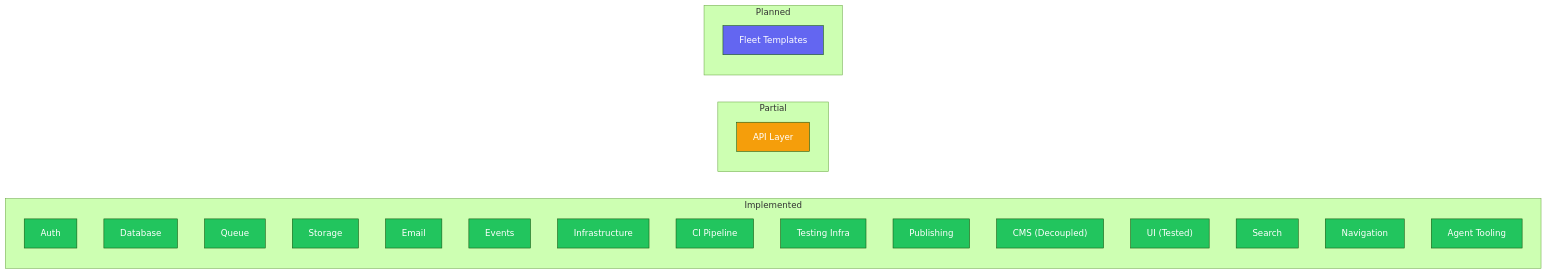
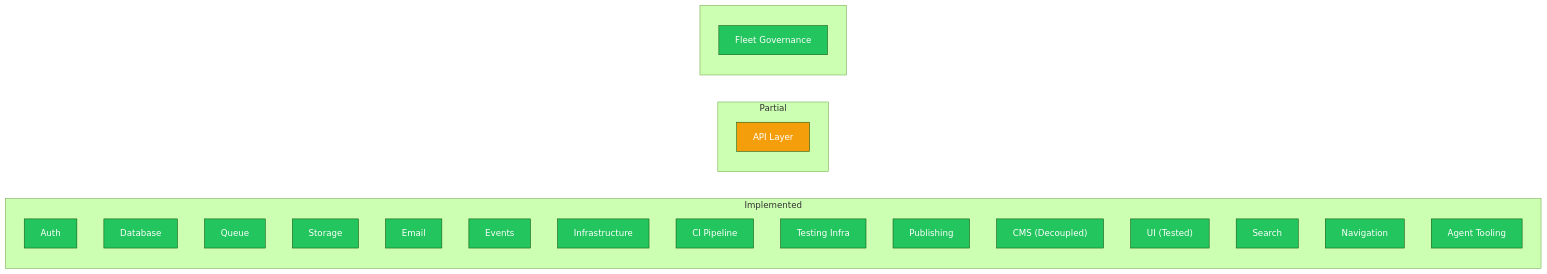
Before and after one commit to jbejenar/ripple-next: the first of 6 diagrams in docs/product-roadmap/README.md, drawn with Mermaid (forest theme). The commit also changed other lines of this file and 6 other files, not shown here.

````diff
--- a/docs/product-roadmap/README.md
+++ b/docs/product-roadmap/README.md
@@ -75,44 +76,44 @@
 ```mermaid
 graph LR
     subgraph Implemented
         AUTH[Auth]
         DB[Database]
         QUEUE[Queue]
         STORAGE[Storage]
         EMAIL[Email]
         EVENTS[Events]
         INFRA[Infrastructure]
         CI[CI Pipeline]
         TEST[Testing Infra]
         PUB[Publishing]
         CMS["CMS (Decoupled)"]
         UI["UI (Tested)"]
         SEARCH[Search]
         NAV[Navigation]
         AGENT_DX[Agent Tooling]
     end
     subgraph Partial
         API[API Layer]
     end
-    subgraph Planned
-        FLEET[Fleet Templates]
+    subgraph Implemented2[" "]
+        FLEET[Fleet Governance]
     end
 
     style AUTH fill:#22c55e,color:#fff
     style DB fill:#22c55e,color:#fff
     style QUEUE fill:#22c55e,color:#fff
     style STORAGE fill:#22c55e,color:#fff
     style EMAIL fill:#22c55e,color:#fff
     style EVENTS fill:#22c55e,color:#fff
     style INFRA fill:#22c55e,color:#fff
     style CI fill:#22c55e,color:#fff
     style TEST fill:#22c55e,color:#fff
     style PUB fill:#22c55e,color:#fff
     style CMS fill:#22c55e,color:#fff
     style UI fill:#22c55e,color:#fff
     style SEARCH fill:#22c55e,color:#fff
     style NAV fill:#22c55e,color:#fff
     style API fill:#f59e0b,color:#fff
-    style FLEET fill:#6366f1,color:#fff
+    style FLEET fill:#22c55e,color:#fff
     style AGENT_DX fill:#22c55e,color:#fff
 ```
````
